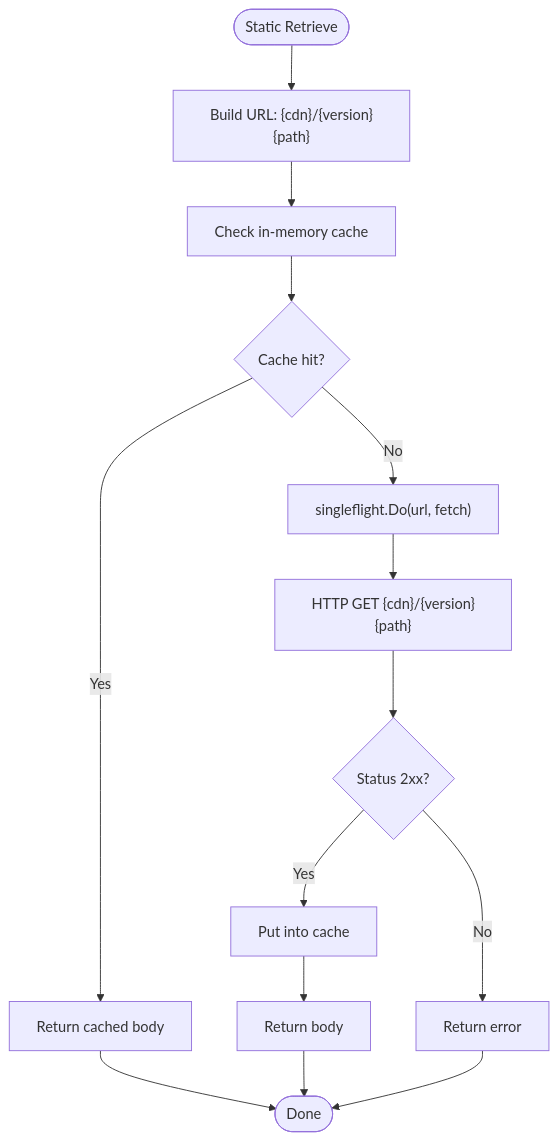
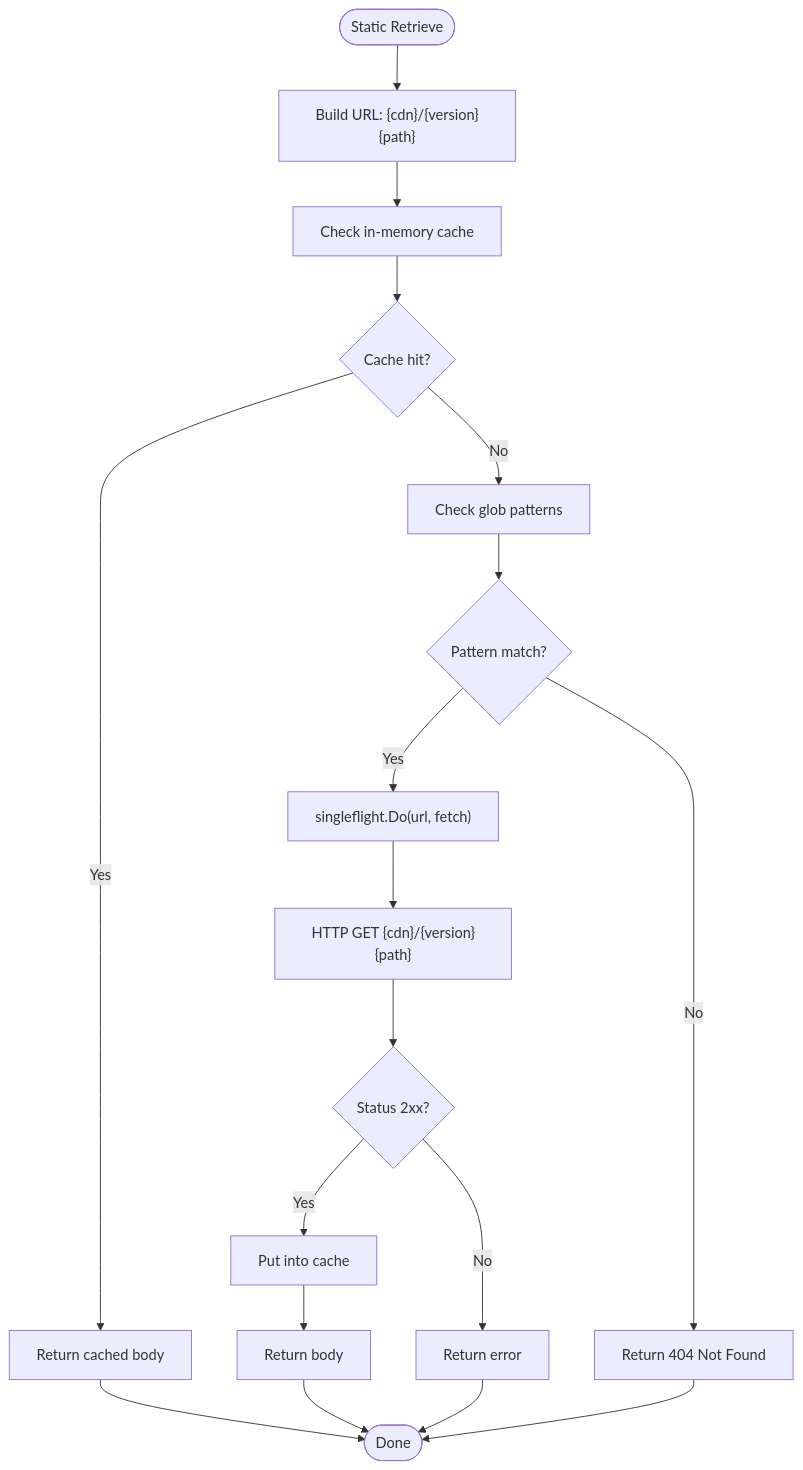
One commit to visdomtech/orcacommon changed the third of 4 diagrams in .qoder/repowiki/en/content/Lite SPA Server Module/Static File Serving.md. Above: the diagram before and after it, drawn with Mermaid. The commit also changed other lines of this file and 3 other files, not shown here.

````diff
--- a/.qoder/repowiki/en/content/Lite SPA Server Module/Static File Serving.md
+++ b/.qoder/repowiki/en/content/Lite SPA Server Module/Static File Serving.md
@@ -209,16 +244,20 @@
 ```mermaid
 flowchart TD
 Start(["Static Retrieve"]) --> BuildURL["Build URL: {cdn}/{version}{path}"]
 BuildURL --> CheckCache["Check in-memory cache"]
 CheckCache --> Hit{"Cache hit?"}
 Hit --> |Yes| ReturnCache["Return cached body"]
-Hit --> |No| SingleFlight["singleflight.Do(url, fetch)"]
+Hit --> |No| CheckPattern["Check glob patterns"]
+CheckPattern --> PatternMatch{"Pattern match?"}
+PatternMatch --> |No| Return404["Return 404 Not Found"]
+PatternMatch --> |Yes| SingleFlight["singleflight.Do(url, fetch)"]
 SingleFlight --> FetchCDN["HTTP GET {cdn}/{version}{path}"]
 FetchCDN --> StatusOK{"Status 2xx?"}
 StatusOK --> |No| ReturnErr["Return error"]
 StatusOK --> |Yes| PutCache["Put into cache"]
 PutCache --> ReturnBody["Return body"]
 ReturnCache --> End(["Done"])
 ReturnBody --> End
 ReturnErr --> End
+Return404 --> End
 ```
````
